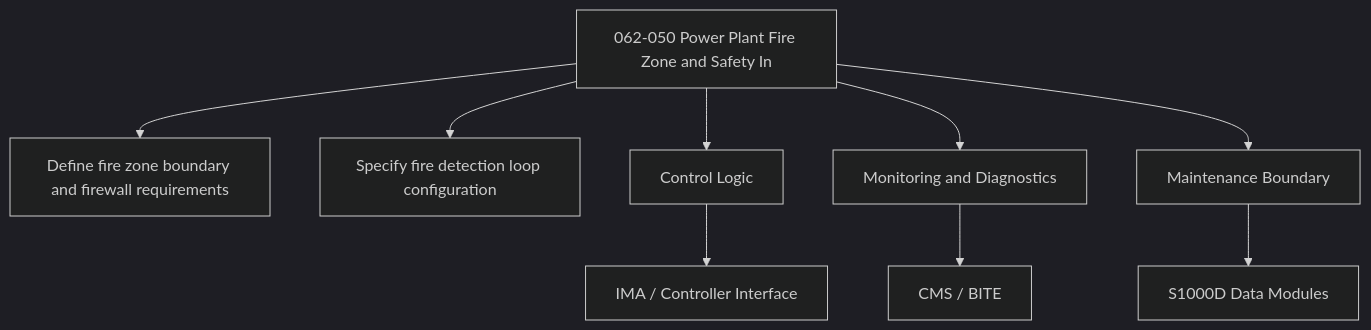
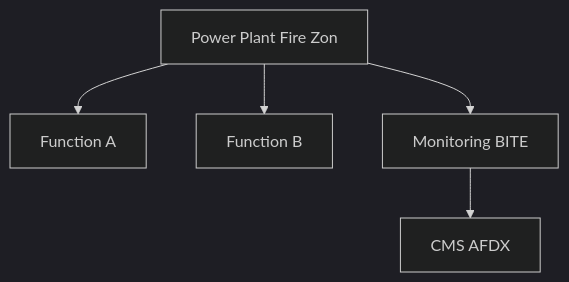
Before and after one commit to AmedeoPelliccia/Qplus-For-All-Queer-People-and-Quantum: the second of 2 diagrams in Q+ATLANTIDE/000-099_ATLAS/060-069_Propulsion-Tradicional/062_Power-Plant/062-050-Power-Plant-Fire-Zone-and-Safety-Interfaces.md, drawn with Mermaid (dark theme). The commit also changed other lines of this file and 74 other files, not shown here.

````diff
--- a/Q+ATLANTIDE/000-099_ATLAS/060-069_Propulsion-Tradicional/062_Power-Plant/062-050-Power-Plant-Fire-Zone-and-Safety-Interfaces.md
+++ b/Q+ATLANTIDE/000-099_ATLAS/060-069_Propulsion-Tradicional/062_Power-Plant/062-050-Power-Plant-Fire-Zone-and-Safety-Interfaces.md
@@ -172,11 +96,7 @@
 ```mermaid
 flowchart TB
-    SYS[062-050 Power Plant Fire Zone and Safety In] --> F1[Define fire zone boundary and firewall requirements]
-    SYS --> F2[Specify fire detection loop configuration]
-    SYS --> CTRL[Control Logic]
-    SYS --> MON[Monitoring and Diagnostics]
-    SYS --> MAINT[Maintenance Boundary]
-    CTRL --> IMA[IMA / Controller Interface]
-    MON --> CMS[CMS / BITE]
-    MAINT --> CSDB[S1000D Data Modules]
+    SYS[Power Plant Fire Zon] --> F1[Function A]
+    SYS --> F2[Function B]
+    SYS --> MON[Monitoring BITE]
+    MON --> CMS[CMS AFDX]
 ```
````
